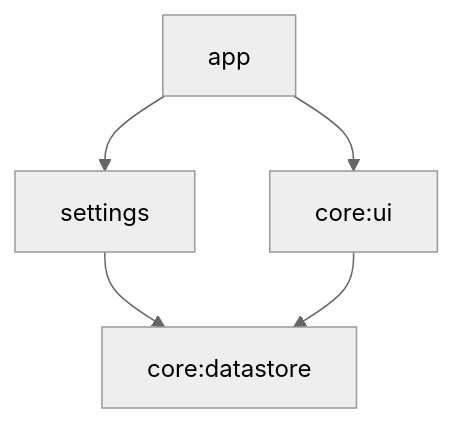
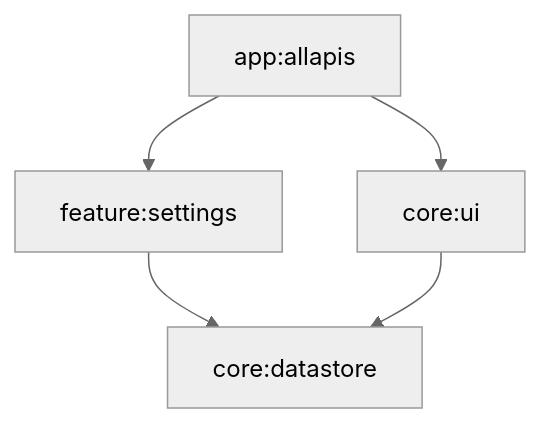
The diagram in README.md (VladDaniliuk/AllApis), drawn with Mermaid (neutral theme) before and after one commit. The commit also changed 35 other files, not shown here.

Commit message:
- Change :app module to :app:allapis.

````diff
--- a/README.md
+++ b/README.md
@@ -4,8 +4,8 @@
 ```mermaid
 graph TD
-    app-->core:ui
-    app-->settings
-    settings-->core:datastore
+    app:allapis-->core:ui
+    app:allapis-->feature:settings
+    feature:settings-->core:datastore
     core:ui-->core:datastore
     core:datastore
 ```
````
